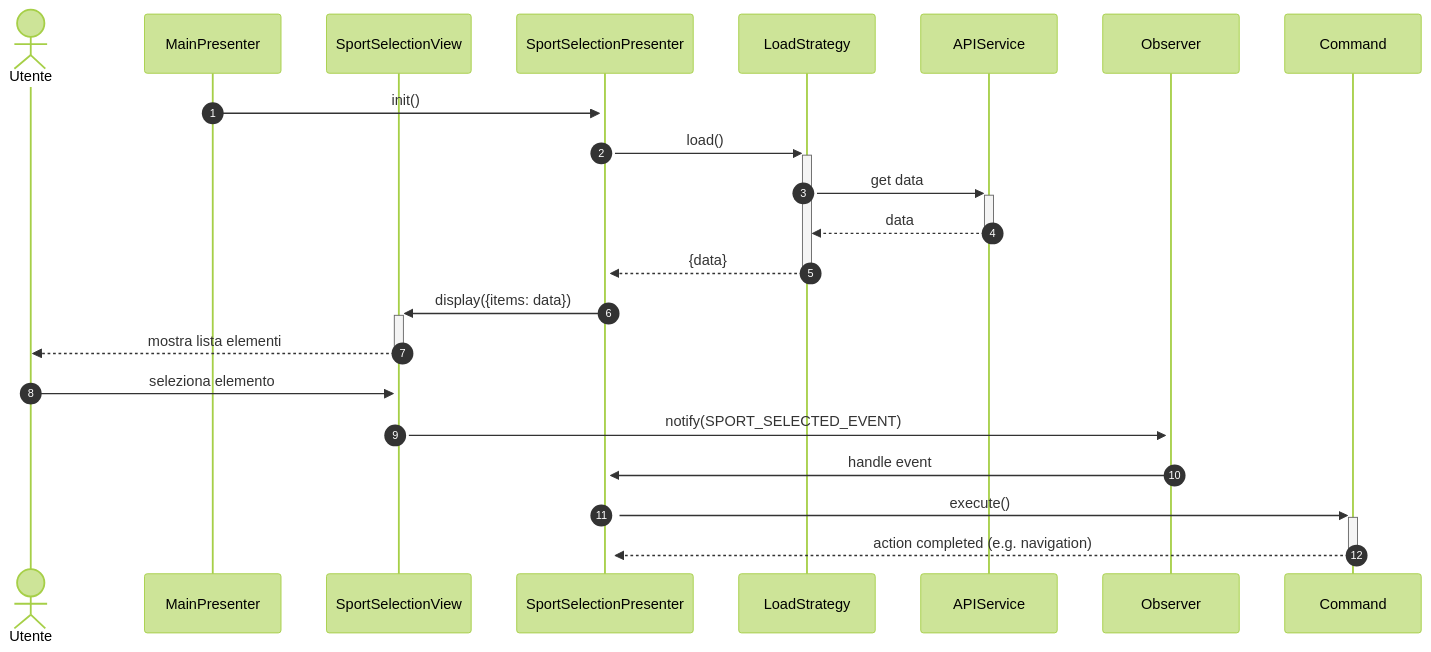
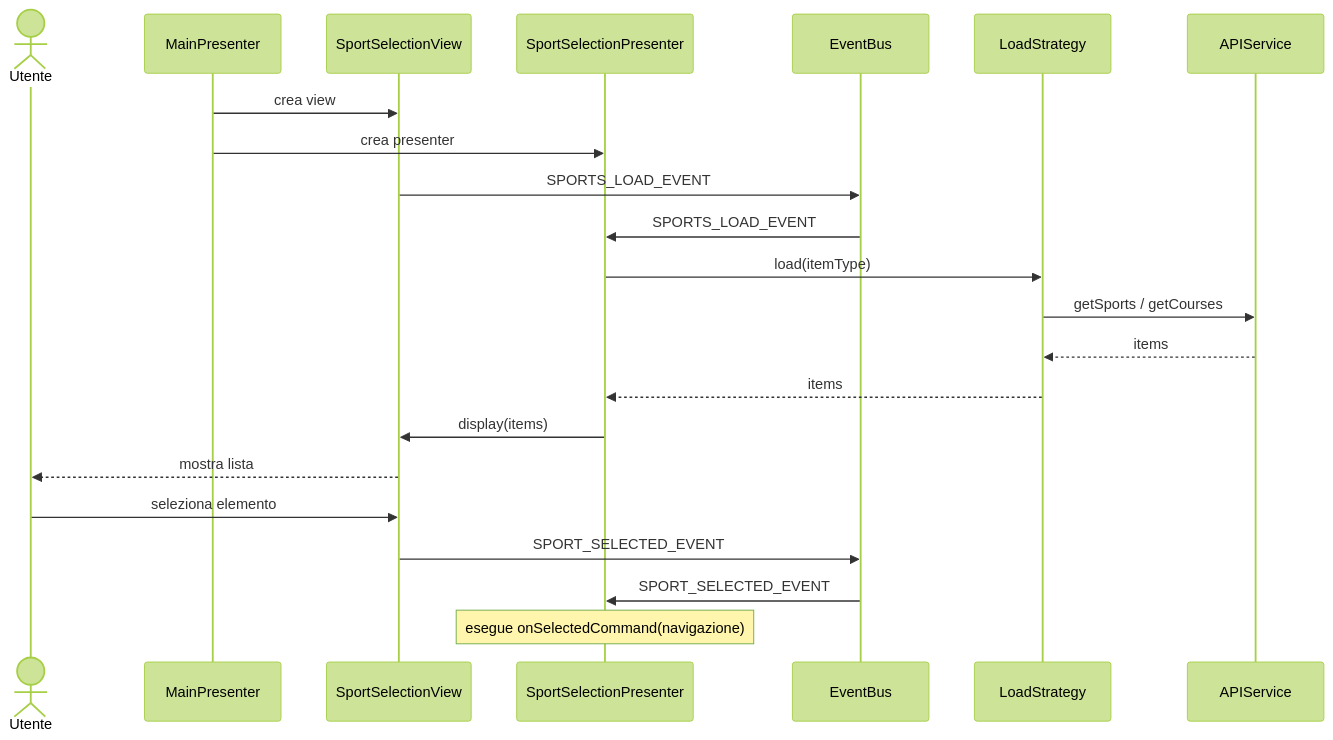
One commit to mb4dev/progetto-prova changed the second of 3 diagrams in consegna docu/moduli/selezione_sport/frontend/design.md. Above: the diagram before and after it, drawn with Mermaid (forest theme). The commit also changed other lines of this file and 93 other files, not shown here.

````diff
--- a/consegna docu/moduli/selezione_sport/frontend/design.md
+++ b/consegna docu/moduli/selezione_sport/frontend/design.md
@@ -23,29 +30,30 @@
 ```mermaid
 sequenceDiagram
-    autonumber
-    
-    actor user as Utente
-    participant main as MainPresenter
-    participant view as SportSelectionView
-    participant presenter as SportSelectionPresenter
-    participant strategy as LoadStrategy
-    participant api as APIService
-    participant bus as Observer
-    participant command as Command
+    actor Utente
+    participant MainPresenter
+    participant SportSelectionView
+    participant SportSelectionPresenter
+    participant EventBus
+    participant LoadStrategy
+    participant APIService
 
-    main ->>+ presenter: init()
-    presenter ->>+ strategy: load()
-    strategy ->>+ api: get data
-    api -->>- strategy: data
-    strategy -->>- presenter: {data}
-    
-    presenter ->>+ view: display({items: data})
-    view -->>- user: mostra lista elementi
-    
-    user ->>+ view: seleziona elemento
-    view ->>+ bus: notify(SPORT_SELECTED_EVENT)
-    bus ->>+ presenter: handle event
-    
-    presenter ->>+ command: execute()
-    command -->>- presenter: action completed (e.g. navigation)
+    MainPresenter ->> SportSelectionView: crea view
+    MainPresenter ->> SportSelectionPresenter: crea presenter
+
+    SportSelectionView ->> EventBus: SPORTS_LOAD_EVENT
+    EventBus ->> SportSelectionPresenter: SPORTS_LOAD_EVENT
+
+    SportSelectionPresenter ->> LoadStrategy: load(itemType)
+    LoadStrategy ->> APIService: getSports / getCourses
+    APIService -->> LoadStrategy: items
+    LoadStrategy -->> SportSelectionPresenter: items
+
+    SportSelectionPresenter ->> SportSelectionView: display(items)
+    SportSelectionView -->> Utente: mostra lista
+
+    Utente ->> SportSelectionView: seleziona elemento
+    SportSelectionView ->> EventBus: SPORT_SELECTED_EVENT
+    EventBus ->> SportSelectionPresenter: SPORT_SELECTED_EVENT
+
+    Note over SportSelectionPresenter: esegue onSelectedCommand(navigazione)
 ```
````
